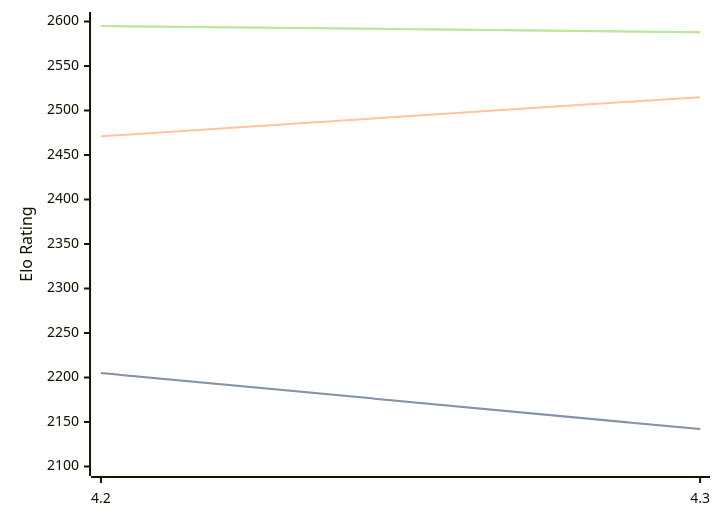
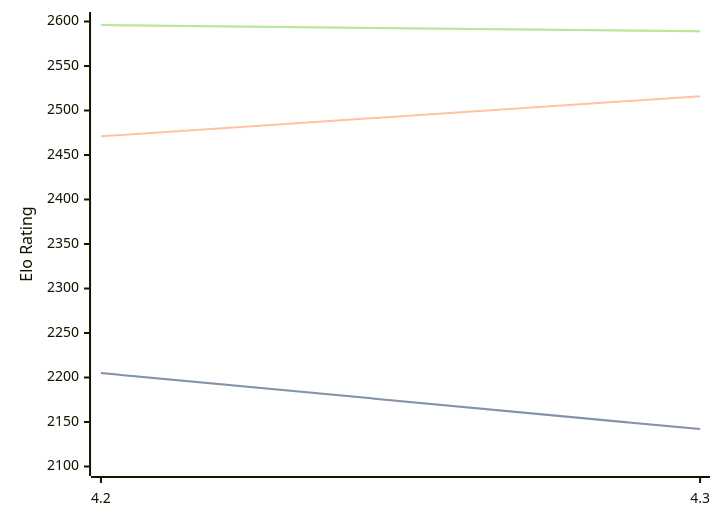
The diagram in engines/Eubos.md (computer-chess-index/cci), drawn with Mermaid before and after one commit. The commit also changed other lines of this file, not shown here.

Commit message:
Update CCI Ratings (ELO VLTC) - 2026-02-16

````diff
--- a/engines/Eubos.md
+++ b/engines/Eubos.md
@@ -85,11 +85,11 @@
 ```mermaid
 %%{init: {"theme":"base","themeVariables":{"seriesColors:['#a3a3a3','#222221','#faa371']}}}%%
 xychart-beta
   x-axis ["4.2", "4.3"]
   y-axis "Elo Rating" 2100 --> 2600
   line "STC (8.0+0.08s)" [2205, 2142]
   line "STC (8.0+0.08s)" [2205, 2142]
-  line "LTC (60.0+0.60s)" [2471, 2515]
-  line "VLTC (2m24s+1.12s)" [2595, 2588]
-  line "VLTC (2m24s+1.12s)" [2595, 2588]
+  line "LTC (60.0+0.60s)" [2471, 2516]
+  line "VLTC (2m24s+1.12s)" [2596, 2589]
+  line "VLTC (2m24s+1.12s)" [2596, 2589]
 ```
````
